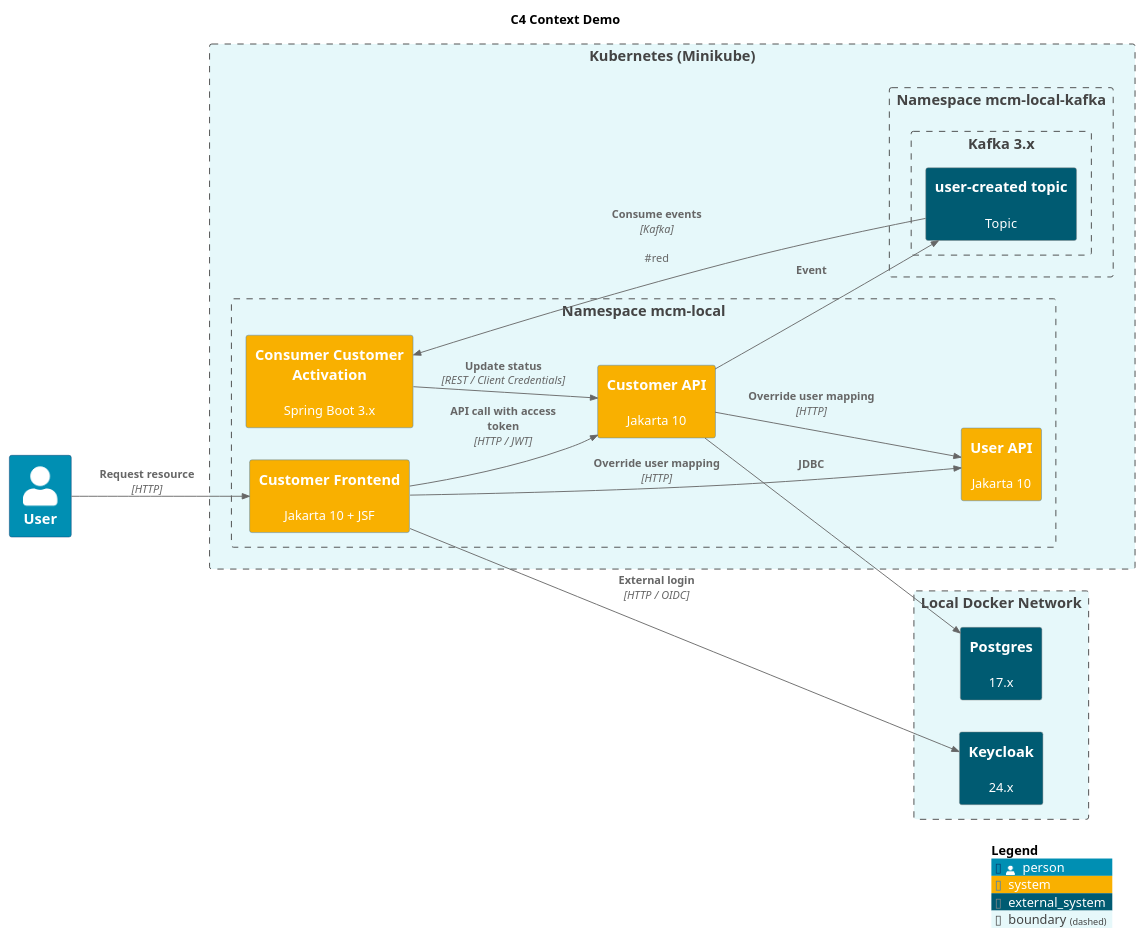
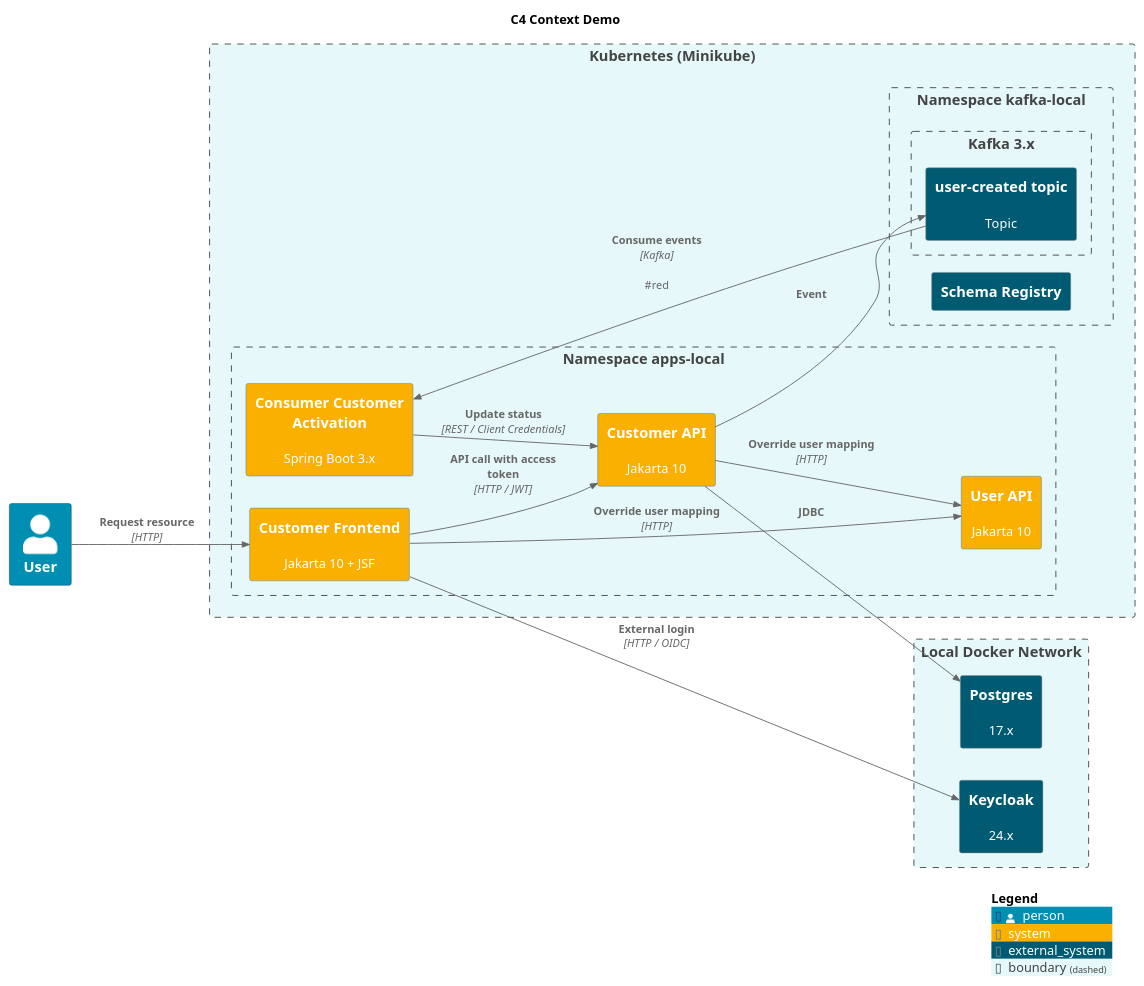
One commit to labcabrera/sample-jakarta-10-wildfly-oidc-integration changed the diagram in resources/diagrams/c4-context-customer-creation.plantuml. Above: the diagram before and after it, drawn with PlantUML. The commit also changed 9 other files, not shown here.

```diff
--- a/resources/diagrams/c4-context-customer-creation.plantuml
+++ b/resources/diagrams/c4-context-customer-creation.plantuml
@@ -1,52 +1,53 @@
 @startuml C4 Context Demo
 title C4 Context Demo
 
 !include https://raw.githubusercontent.com/plantuml-stdlib/C4-PlantUML/master/C4_Context.puml
 
 LAYOUT_LEFT_RIGHT()
 
 UpdateElementStyle(person, $bgColor="#008fb3")
 UpdateElementStyle(system, $bgColor="#f9b000")
 UpdateElementStyle(external_system, $bgColor="#005b72")
 UpdateElementStyle(boundary, $bgColor="#e6f8fa")
 
 Person(user, "User")
 
 Boundary(k8s, "Kubernetes (Minikube)") {
-    Boundary(namespace_mcm_local, "Namespace mcm-local", "", $tags="k8s_namespace") {
+    Boundary(namespace_mcm_local, "Namespace apps-local", "", $tags="k8s_namespace") {
         System(customer_api, "Customer API", "Jakarta 10")
         System(customer_fe, "Customer Frontend", "Jakarta 10 + JSF")
         System(user_api, "User API", "Jakarta 10")
         System(customer_consumer, "Consumer Customer Activation", "Spring Boot 3.x")
     }
-    Boundary(namespace_mcm_local_kafka, "Namespace mcm-local-kafka") {
+    Boundary(namespace_mcm_local_kafka, "Namespace kafka-local") {
         Boundary(kafka_boundary, "Kafka 3.x") {
             System_Ext(kafka_created_consumer_topic, "user-created topic", "Topic", $tags="queue")
         }
+        System_Ext(schema_registry, "Schema Registry")
     }
 }
 
 Boundary(localDockerNetwork, "Local Docker Network") {
     System_Ext(keycloak, "Keycloak", "24.x")
     System_Ext(postgres, "Postgres", "17.x")
 }
 
 Rel(user, customer_fe, "Request resource", "HTTP")
 
 Rel(customer_fe, keycloak, "External login", "HTTP / OIDC")
 
 Rel(customer_fe, customer_api, "API call with access token", "HTTP / JWT")
 
 Rel(customer_api, postgres, "JDBC")
 Rel(customer_api, kafka_created_consumer_topic, "Event")
 
 Rel(customer_fe, user_api, "Override user mapping", "HTTP")
 Rel(customer_api, user_api, "Override user mapping", "HTTP")
 
 Rel(kafka_created_consumer_topic, customer_consumer, "Consume events", "Kafka", "#red")
 
 Rel(customer_consumer, customer_api, "Update status", "REST / Client Credentials")
 
 SHOW_LEGEND()
 
 @enduml
```
